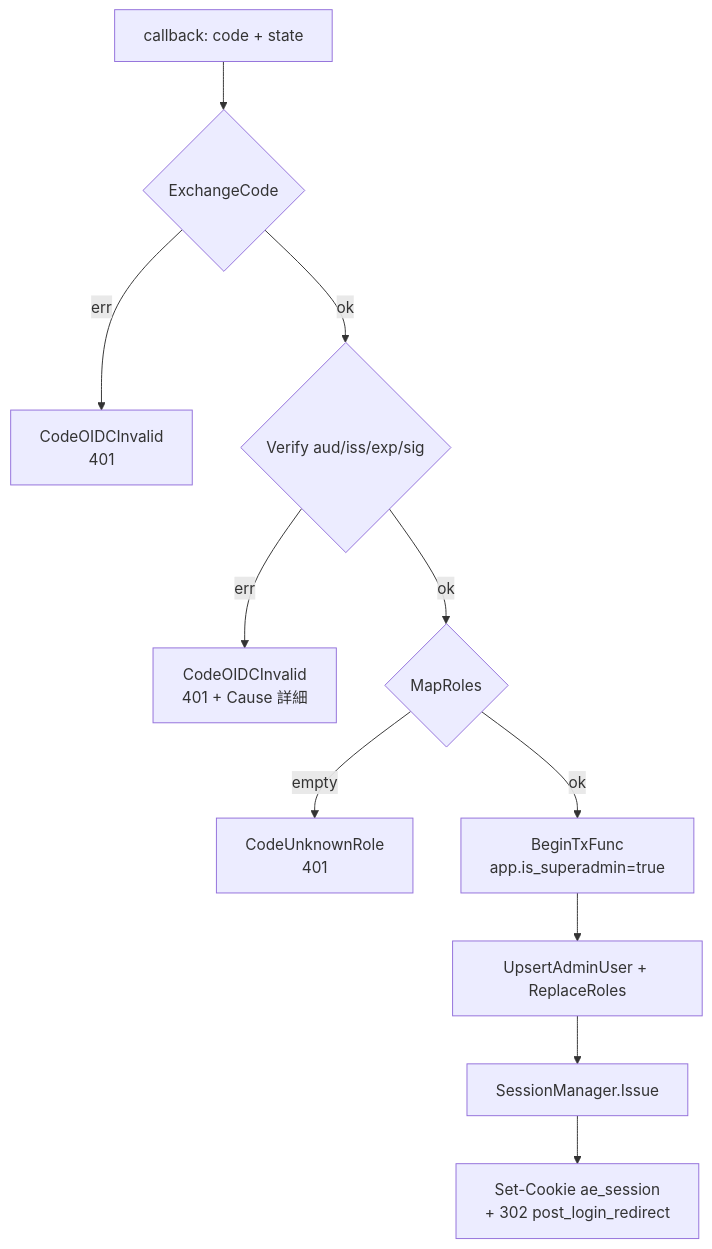
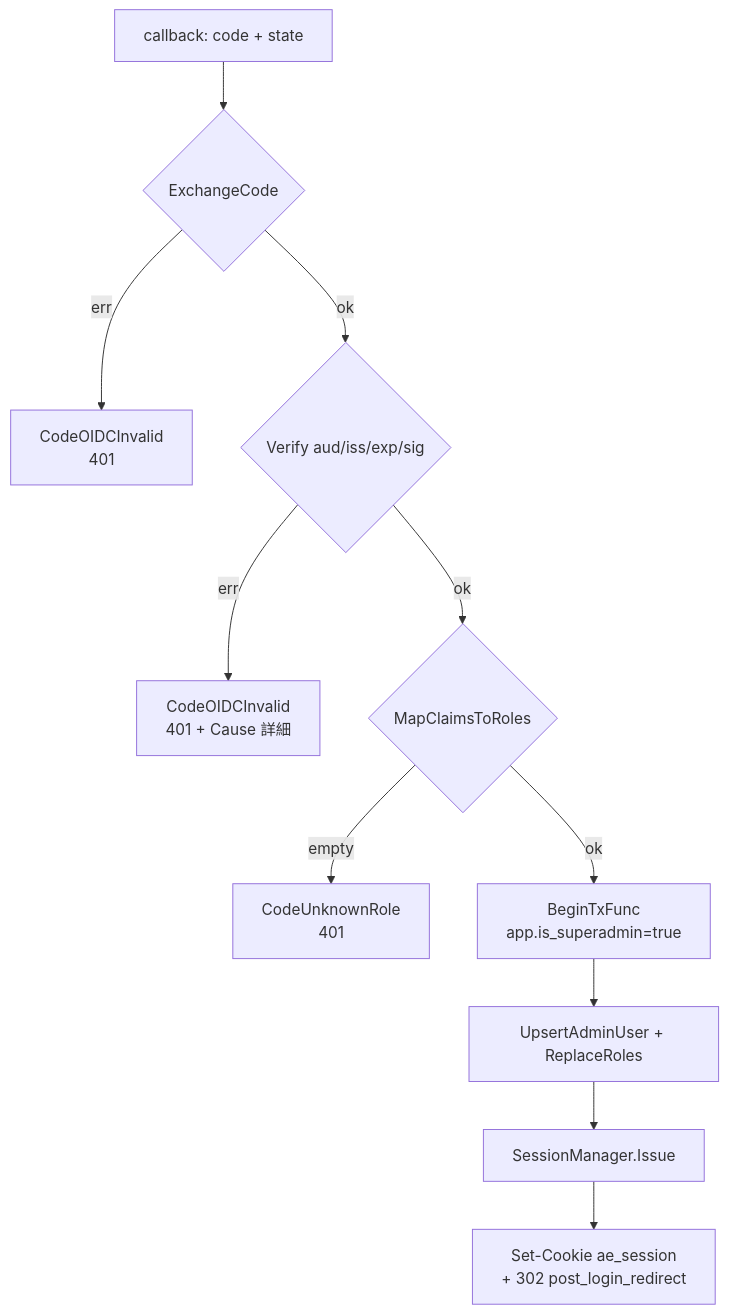
One commit to hitoshiichikawa/ae-mdm changed the second of 3 diagrams in docs/specs/3--a3-oidc-session-rbac/design.md. Above: the diagram before and after it, drawn with Mermaid. The commit also changed other lines of this file and 2 other files, not shown here.

````diff
--- a/docs/specs/3--a3-oidc-session-rbac/design.md
+++ b/docs/specs/3--a3-oidc-session-rbac/design.md
@@ -819,13 +987,13 @@
 ```mermaid
 flowchart TD
     CB[callback: code + state] --> Exch{ExchangeCode}
     Exch -- err --> E1[CodeOIDCInvalid<br/>401]
     Exch -- ok --> Ver{Verify aud/iss/exp/sig}
     Ver -- err --> E2[CodeOIDCInvalid<br/>401 + Cause 詳細]
-    Ver -- ok --> Map{MapRoles}
+    Ver -- ok --> Map{MapClaimsToRoles}
     Map -- empty --> E3[CodeUnknownRole<br/>401]
     Map -- ok --> Tx[BeginTxFunc<br/>app.is_superadmin=true]
     Tx --> Upsert[UpsertAdminUser + ReplaceRoles]
     Upsert --> Iss[SessionManager.Issue]
     Iss --> Cookie[Set-Cookie ae_session<br/>+ 302 post_login_redirect]
 ```
````
